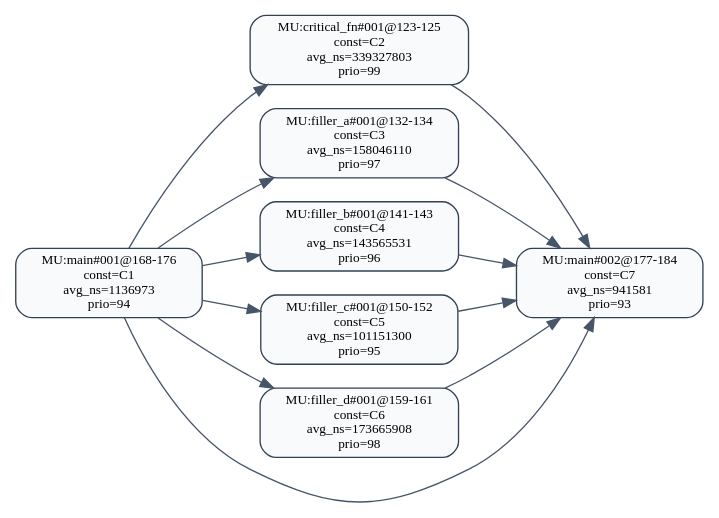
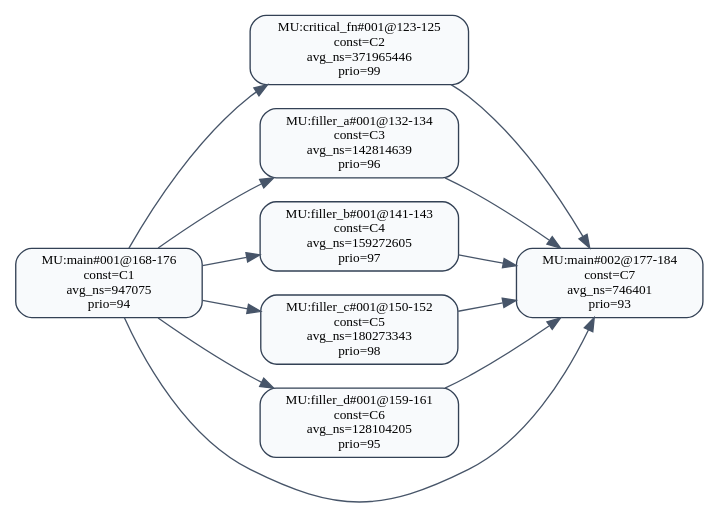
Before and after one commit to RTS-SYSU/DAG-Gen: the diagram in 中间结果/zhang7/pipeline/validation/level2/effective_line_merge/wcet_first/dag_seg_annotated.dot, drawn with Graphviz. The commit also changed 6291 other files, not shown here.

```diff
--- a/中间结果/zhang7/pipeline/validation/level2/effective_line_merge/wcet_first/dag_seg_annotated.dot
+++ b/中间结果/zhang7/pipeline/validation/level2/effective_line_merge/wcet_first/dag_seg_annotated.dot
@@ -1,23 +1,23 @@
 digraph dag_seg_annotated {
   rankdir=LR;
   node [shape=box, style="rounded,filled", fillcolor="#F8FAFC", color="#334155", fontsize=10];
   edge [color="#475569"];
-  "MU:critical_fn#001@123-125" [label="MU:critical_fn#001@123-125\nconst=C2\navg_ns=339327803\nprio=99"];
-  "MU:filler_a#001@132-134" [label="MU:filler_a#001@132-134\nconst=C3\navg_ns=158046110\nprio=97"];
-  "MU:filler_b#001@141-143" [label="MU:filler_b#001@141-143\nconst=C4\navg_ns=143565531\nprio=96"];
-  "MU:filler_c#001@150-152" [label="MU:filler_c#001@150-152\nconst=C5\navg_ns=101151300\nprio=95"];
-  "MU:filler_d#001@159-161" [label="MU:filler_d#001@159-161\nconst=C6\navg_ns=173665908\nprio=98"];
-  "MU:main#001@168-176" [label="MU:main#001@168-176\nconst=C1\navg_ns=1136973\nprio=94"];
-  "MU:main#002@177-184" [label="MU:main#002@177-184\nconst=C7\navg_ns=941581\nprio=93"];
+  "MU:critical_fn#001@123-125" [label="MU:critical_fn#001@123-125\nconst=C2\navg_ns=371965446\nprio=99"];
+  "MU:filler_a#001@132-134" [label="MU:filler_a#001@132-134\nconst=C3\navg_ns=142814639\nprio=96"];
+  "MU:filler_b#001@141-143" [label="MU:filler_b#001@141-143\nconst=C4\navg_ns=159272605\nprio=97"];
+  "MU:filler_c#001@150-152" [label="MU:filler_c#001@150-152\nconst=C5\navg_ns=180273343\nprio=98"];
+  "MU:filler_d#001@159-161" [label="MU:filler_d#001@159-161\nconst=C6\navg_ns=128104205\nprio=95"];
+  "MU:main#001@168-176" [label="MU:main#001@168-176\nconst=C1\navg_ns=947075\nprio=94"];
+  "MU:main#002@177-184" [label="MU:main#002@177-184\nconst=C7\navg_ns=746401\nprio=93"];
   "MU:main#001@168-176" -> "MU:main#002@177-184";
   "MU:main#001@168-176" -> "MU:filler_a#001@132-134";
   "MU:main#001@168-176" -> "MU:filler_b#001@141-143";
   "MU:main#001@168-176" -> "MU:filler_c#001@150-152";
   "MU:main#001@168-176" -> "MU:filler_d#001@159-161";
   "MU:main#001@168-176" -> "MU:critical_fn#001@123-125";
   "MU:critical_fn#001@123-125" -> "MU:main#002@177-184";
   "MU:filler_a#001@132-134" -> "MU:main#002@177-184";
   "MU:filler_b#001@141-143" -> "MU:main#002@177-184";
   "MU:filler_c#001@150-152" -> "MU:main#002@177-184";
   "MU:filler_d#001@159-161" -> "MU:main#002@177-184";
 }
```
